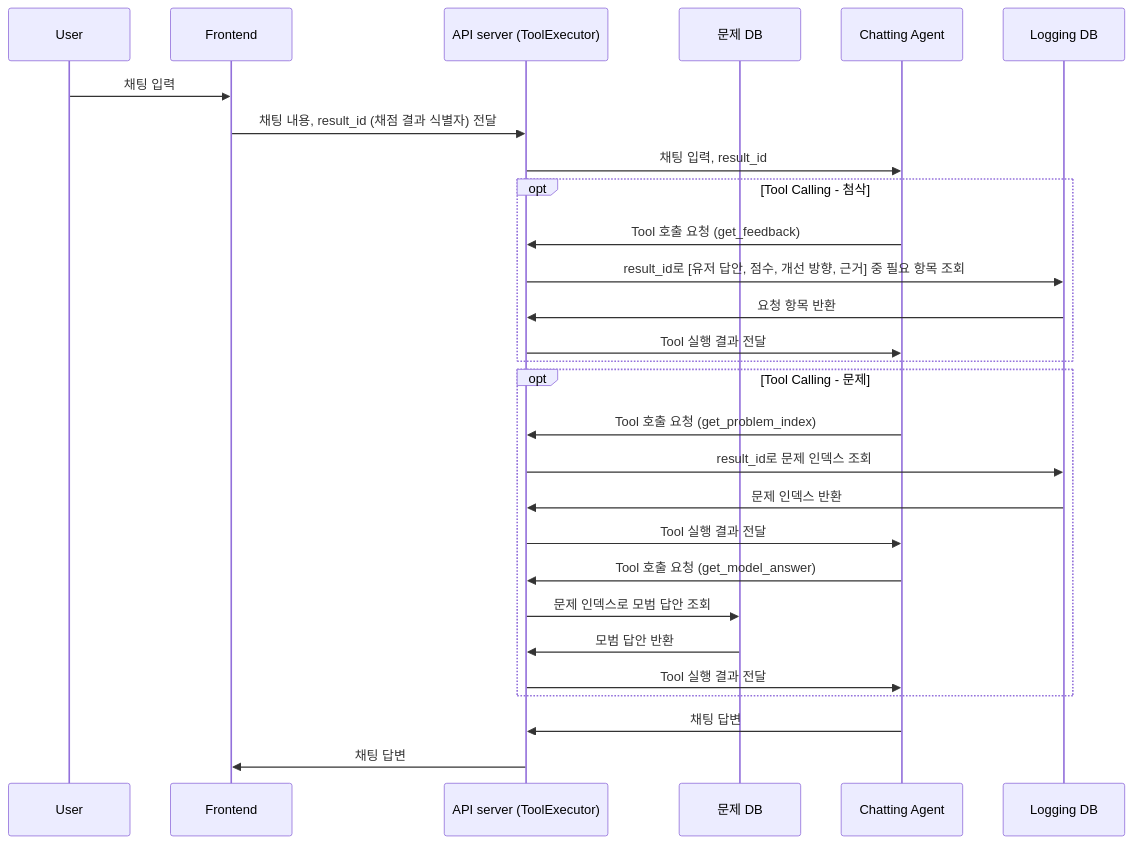
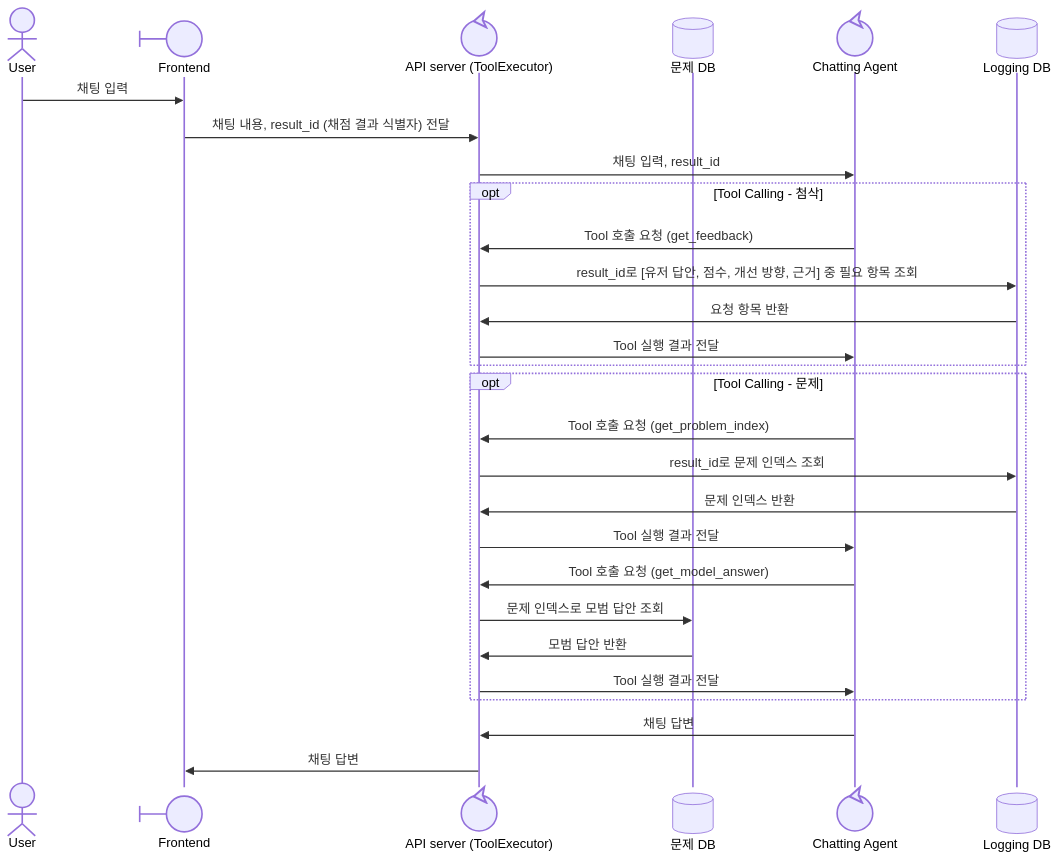
Before and after one commit to bookyoulove/paragraphy: the fifth of 5 diagrams in 설계문서/시퀀스 다이어그램.md, drawn with Mermaid. The commit also changed other lines of this file, not shown here.

Commit message:
시퀀스 다이어그램 심볼

````diff
--- a/설계문서/시퀀스 다이어그램.md
+++ b/설계문서/시퀀스 다이어그램.md
@@ -106,30 +106,30 @@
 ```mermaid
 sequenceDiagram
-    participant User
-    participant Frontend
-    participant API as API server (ToolExecutor)
-    participant problem as 문제 DB
-    participant chat as Chatting Agent
-    participant log as Logging DB
+    actor User
+    participant Frontend@{ "type" : "boundary" }
+    participant API@{ "type" : "control" , alias: "API server (ToolExecutor)"}
+    participant problem@{ "type" : "database" , alias: "문제 DB"}
+    participant chat@{ "type" : "control" , alias: "Chatting Agent"}
+    participant log@{ "type" : "database" , alias: "Logging DB"}
     User->>Frontend: 채팅 입력
     Frontend->>API: 채팅 내용, result_id (채점 결과 식별자) 전달
     API->>chat: 채팅 입력, result_id
     opt Tool Calling - 첨삭
     chat->>API: Tool 호출 요청 (get_feedback)
     API->>log: result_id로 [유저 답안, 점수, 개선 방향, 근거] 중 필요 항목 조회
     log->>API: 요청 항목 반환
     API->>chat: Tool 실행 결과 전달
     end
     opt Tool Calling - 문제
     chat->>API: Tool 호출 요청 (get_problem_index)
     API->>log: result_id로 문제 인덱스 조회
     log->>API: 문제 인덱스 반환
     API->>chat: Tool 실행 결과 전달
     chat->>API: Tool 호출 요청 (get_model_answer)
     API->>problem: 문제 인덱스로 모범 답안 조회
     problem->>API: 모범 답안 반환
     API->>chat: Tool 실행 결과 전달
     end
     chat->>API: 채팅 답변
     API->>Frontend: 채팅 답변
 ```
````
